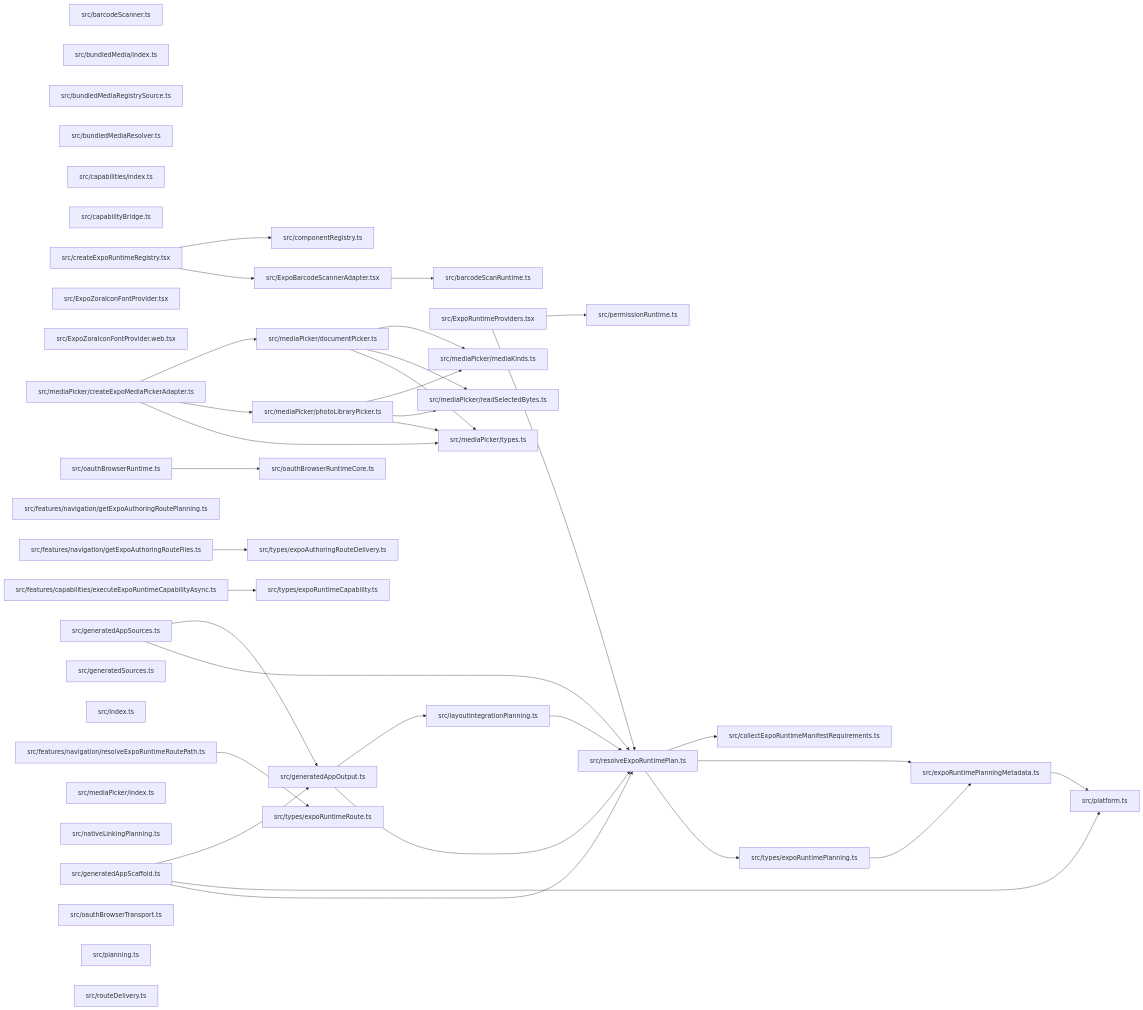
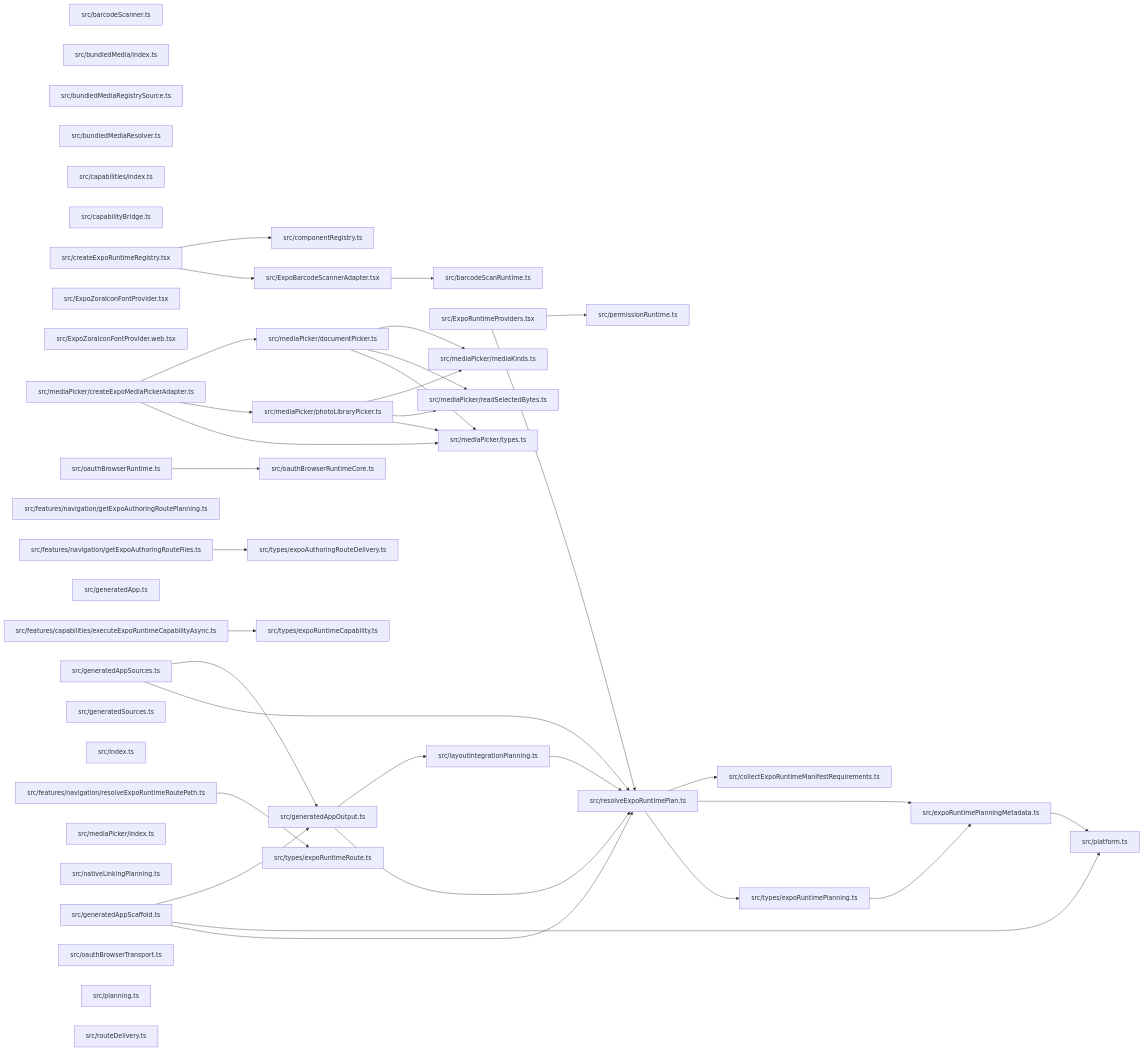
Before and after one commit to ankhorage/expo-runtime: the diagram in paradox/diagrams/module-relationships.mmd, drawn with Mermaid. The commit also changed 9 other files, not shown here.

```diff
--- a/paradox/diagrams/module-relationships.mmd
+++ b/paradox/diagrams/module-relationships.mmd
@@ -1,77 +1,78 @@
 graph LR
   module_src_barcodeScanner_ts["src/barcodeScanner.ts"]
   module_src_barcodeScanRuntime_ts["src/barcodeScanRuntime.ts"]
   module_src_bundledMedia_index_ts["src/bundledMedia/index.ts"]
   module_src_bundledMediaRegistrySource_ts["src/bundledMediaRegistrySource.ts"]
   module_src_bundledMediaResolver_ts["src/bundledMediaResolver.ts"]
   module_src_capabilities_index_ts["src/capabilities/index.ts"]
   module_src_capabilityBridge_ts["src/capabilityBridge.ts"]
   module_src_collectExpoRuntimeManifestRequirements_ts["src/collectExpoRuntimeManifestRequirements.ts"]
   module_src_componentRegistry_ts["src/componentRegistry.ts"]
   module_src_createExpoRuntimeRegistry_tsx["src/createExpoRuntimeRegistry.tsx"]
   module_src_ExpoBarcodeScannerAdapter_tsx["src/ExpoBarcodeScannerAdapter.tsx"]
   module_src_expoRuntimePlanningMetadata_ts["src/expoRuntimePlanningMetadata.ts"]
   module_src_ExpoRuntimeProviders_tsx["src/ExpoRuntimeProviders.tsx"]
   module_src_ExpoZoraIconFontProvider_tsx["src/ExpoZoraIconFontProvider.tsx"]
   module_src_ExpoZoraIconFontProvider_web_tsx["src/ExpoZoraIconFontProvider.web.tsx"]
   module_src_features_capabilities_executeExpoRuntimeCapabilityAsync_ts["src/features/capabilities/executeExpoRuntimeCapabilityAsync.ts"]
   module_src_features_navigation_getExpoAuthoringRouteFiles_ts["src/features/navigation/getExpoAuthoringRouteFiles.ts"]
   module_src_features_navigation_getExpoAuthoringRoutePlanning_ts["src/features/navigation/getExpoAuthoringRoutePlanning.ts"]
   module_src_features_navigation_resolveExpoRuntimeRoutePath_ts["src/features/navigation/resolveExpoRuntimeRoutePath.ts"]
+  module_src_generatedApp_ts["src/generatedApp.ts"]
   module_src_generatedAppOutput_ts["src/generatedAppOutput.ts"]
   module_src_generatedAppScaffold_ts["src/generatedAppScaffold.ts"]
   module_src_generatedAppSources_ts["src/generatedAppSources.ts"]
   module_src_generatedSources_ts["src/generatedSources.ts"]
   module_src_index_ts["src/index.ts"]
   module_src_layoutIntegrationPlanning_ts["src/layoutIntegrationPlanning.ts"]
   module_src_mediaPicker_createExpoMediaPickerAdapter_ts["src/mediaPicker/createExpoMediaPickerAdapter.ts"]
   module_src_mediaPicker_documentPicker_ts["src/mediaPicker/documentPicker.ts"]
   module_src_mediaPicker_index_ts["src/mediaPicker/index.ts"]
   module_src_mediaPicker_mediaKinds_ts["src/mediaPicker/mediaKinds.ts"]
   module_src_mediaPicker_photoLibraryPicker_ts["src/mediaPicker/photoLibraryPicker.ts"]
   module_src_mediaPicker_readSelectedBytes_ts["src/mediaPicker/readSelectedBytes.ts"]
   module_src_mediaPicker_types_ts["src/mediaPicker/types.ts"]
   module_src_nativeLinkingPlanning_ts["src/nativeLinkingPlanning.ts"]
   module_src_oauthBrowserRuntime_ts["src/oauthBrowserRuntime.ts"]
   module_src_oauthBrowserRuntimeCore_ts["src/oauthBrowserRuntimeCore.ts"]
   module_src_oauthBrowserTransport_ts["src/oauthBrowserTransport.ts"]
   module_src_permissionRuntime_ts["src/permissionRuntime.ts"]
   module_src_planning_ts["src/planning.ts"]
   module_src_platform_ts["src/platform.ts"]
   module_src_resolveExpoRuntimePlan_ts["src/resolveExpoRuntimePlan.ts"]
   module_src_routeDelivery_ts["src/routeDelivery.ts"]
   module_src_types_expoAuthoringRouteDelivery_ts["src/types/expoAuthoringRouteDelivery.ts"]
   module_src_types_expoRuntimeCapability_ts["src/types/expoRuntimeCapability.ts"]
   module_src_types_expoRuntimePlanning_ts["src/types/expoRuntimePlanning.ts"]
   module_src_types_expoRuntimeRoute_ts["src/types/expoRuntimeRoute.ts"]
   module_src_createExpoRuntimeRegistry_tsx --> module_src_componentRegistry_ts
   module_src_createExpoRuntimeRegistry_tsx --> module_src_ExpoBarcodeScannerAdapter_tsx
   module_src_ExpoBarcodeScannerAdapter_tsx --> module_src_barcodeScanRuntime_ts
   module_src_expoRuntimePlanningMetadata_ts --> module_src_platform_ts
   module_src_ExpoRuntimeProviders_tsx --> module_src_permissionRuntime_ts
   module_src_ExpoRuntimeProviders_tsx --> module_src_resolveExpoRuntimePlan_ts
   module_src_features_capabilities_executeExpoRuntimeCapabilityAsync_ts --> module_src_types_expoRuntimeCapability_ts
   module_src_features_navigation_getExpoAuthoringRouteFiles_ts --> module_src_types_expoAuthoringRouteDelivery_ts
   module_src_features_navigation_resolveExpoRuntimeRoutePath_ts --> module_src_types_expoRuntimeRoute_ts
   module_src_generatedAppOutput_ts --> module_src_layoutIntegrationPlanning_ts
   module_src_generatedAppOutput_ts --> module_src_resolveExpoRuntimePlan_ts
   module_src_generatedAppScaffold_ts --> module_src_generatedAppOutput_ts
   module_src_generatedAppScaffold_ts --> module_src_platform_ts
   module_src_generatedAppScaffold_ts --> module_src_resolveExpoRuntimePlan_ts
   module_src_generatedAppSources_ts --> module_src_generatedAppOutput_ts
   module_src_generatedAppSources_ts --> module_src_resolveExpoRuntimePlan_ts
   module_src_layoutIntegrationPlanning_ts --> module_src_resolveExpoRuntimePlan_ts
   module_src_mediaPicker_createExpoMediaPickerAdapter_ts --> module_src_mediaPicker_documentPicker_ts
   module_src_mediaPicker_createExpoMediaPickerAdapter_ts --> module_src_mediaPicker_photoLibraryPicker_ts
   module_src_mediaPicker_createExpoMediaPickerAdapter_ts --> module_src_mediaPicker_types_ts
   module_src_mediaPicker_documentPicker_ts --> module_src_mediaPicker_mediaKinds_ts
   module_src_mediaPicker_documentPicker_ts --> module_src_mediaPicker_readSelectedBytes_ts
   module_src_mediaPicker_documentPicker_ts --> module_src_mediaPicker_types_ts
   module_src_mediaPicker_photoLibraryPicker_ts --> module_src_mediaPicker_mediaKinds_ts
   module_src_mediaPicker_photoLibraryPicker_ts --> module_src_mediaPicker_readSelectedBytes_ts
   module_src_mediaPicker_photoLibraryPicker_ts --> module_src_mediaPicker_types_ts
   module_src_oauthBrowserRuntime_ts --> module_src_oauthBrowserRuntimeCore_ts
   module_src_resolveExpoRuntimePlan_ts --> module_src_collectExpoRuntimeManifestRequirements_ts
   module_src_resolveExpoRuntimePlan_ts --> module_src_expoRuntimePlanningMetadata_ts
   module_src_resolveExpoRuntimePlan_ts --> module_src_types_expoRuntimePlanning_ts
   module_src_types_expoRuntimePlanning_ts --> module_src_expoRuntimePlanningMetadata_ts
```
